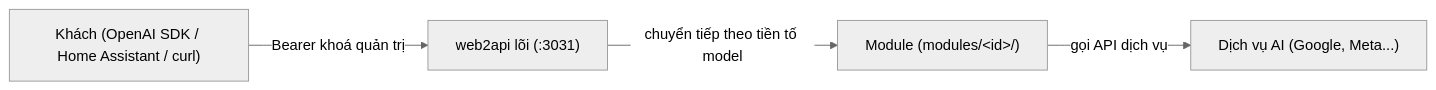
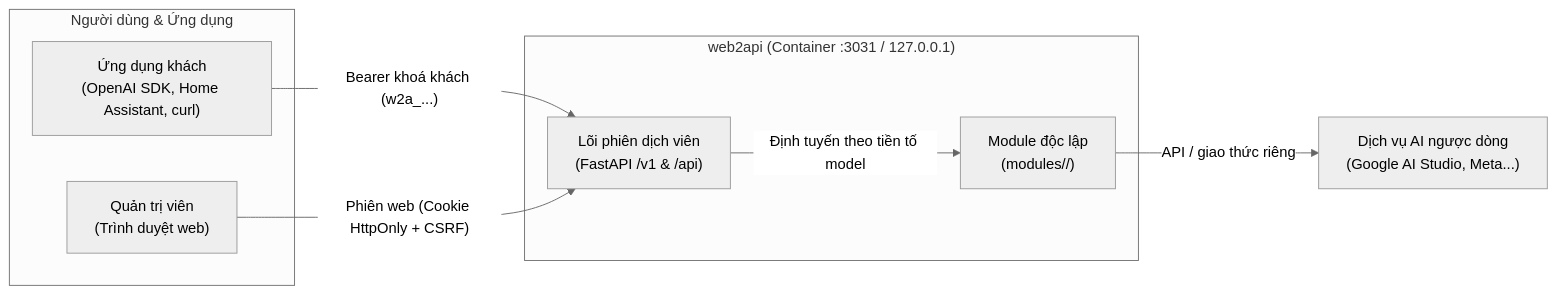
One commit to TriTue2011/web2api changed the diagram in README.md. Above: the diagram before and after it, drawn with Mermaid (neutral theme). The commit also changed other lines of this file and 3 other files, not shown here.

````diff
--- a/README.md
+++ b/README.md
@@ -5,6 +12,17 @@
 ```mermaid
 flowchart LR
-  KHACH["Khách (OpenAI SDK / Home Assistant / curl)"] -->|"Bearer khoá quản trị"| LOI["web2api lõi (:3031)"]
-  LOI -->|"chuyển tiếp theo tiền tố model"| MOD["Module (modules/&lt;id&gt;/)"]
-  MOD -->|"gọi API dịch vụ"| NCC["Dịch vụ AI (Google, Meta...)"]
+  subgraph NGUOIDUNG["Người dùng & Ứng dụng"]
+    KHACH["Ứng dụng khách<br/>(OpenAI SDK, Home Assistant, curl)"]
+    QUANTRI["Quản trị viên<br/>(Trình duyệt web)"]
+  end
+  subgraph W2A["web2api (Container :3031 / 127.0.0.1)"]
+    LOI["Lõi phiên dịch viên<br/>(FastAPI /v1 & /api)"]
+    MOD["Module độc lập<br/>(modules/<id>/)"]
+  end
+  NCC["Dịch vụ AI ngược dòng<br/>(Google AI Studio, Meta...)"]
+
+  KHACH -->|"Bearer khoá khách (w2a_...)"| LOI
+  QUANTRI -->|"Phiên web (Cookie HttpOnly + CSRF)"| LOI
+  LOI -->|"Định tuyến theo tiền tố model"| MOD
+  MOD -->|"API / giao thức riêng"| NCC
 ```
````
